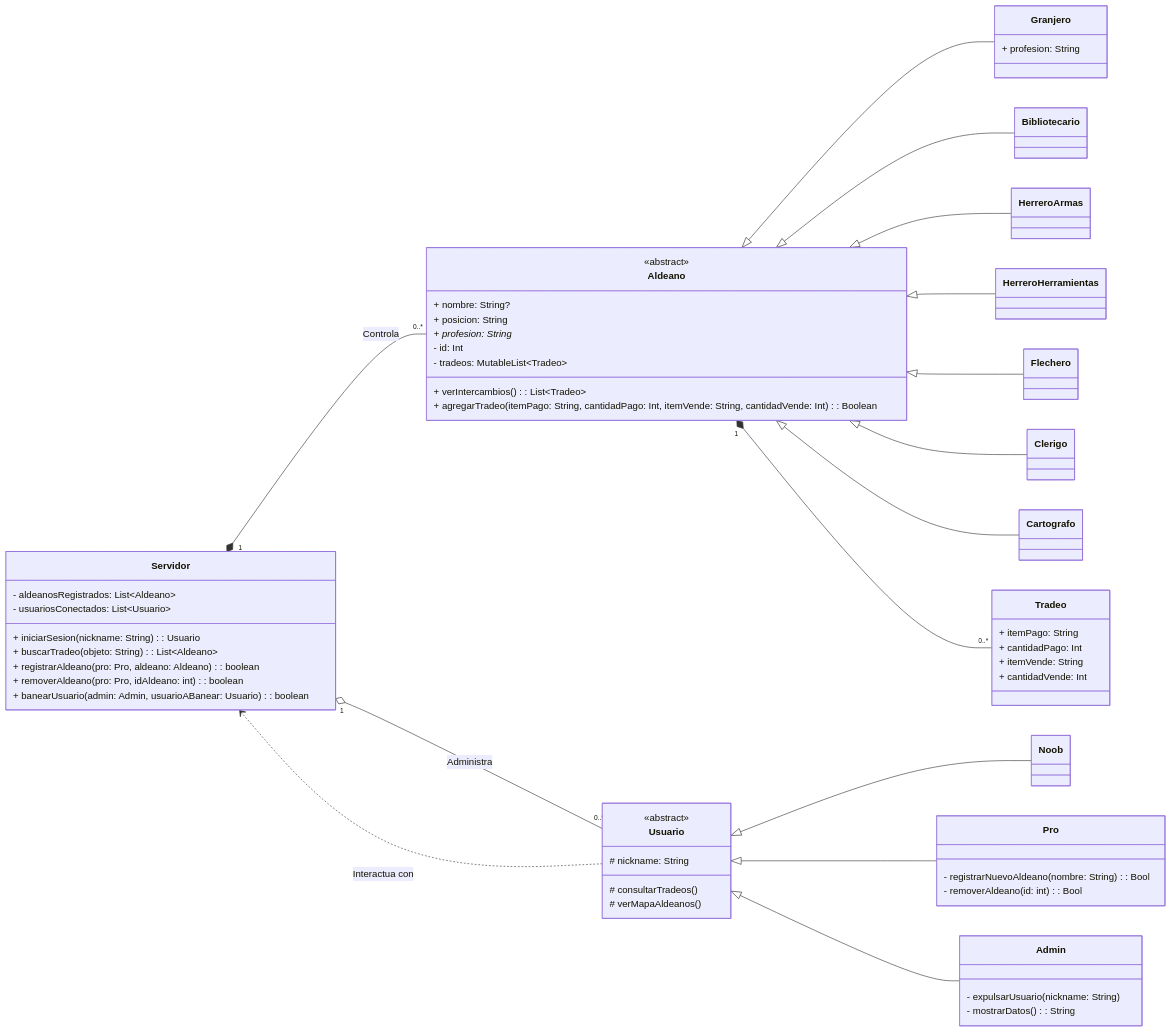
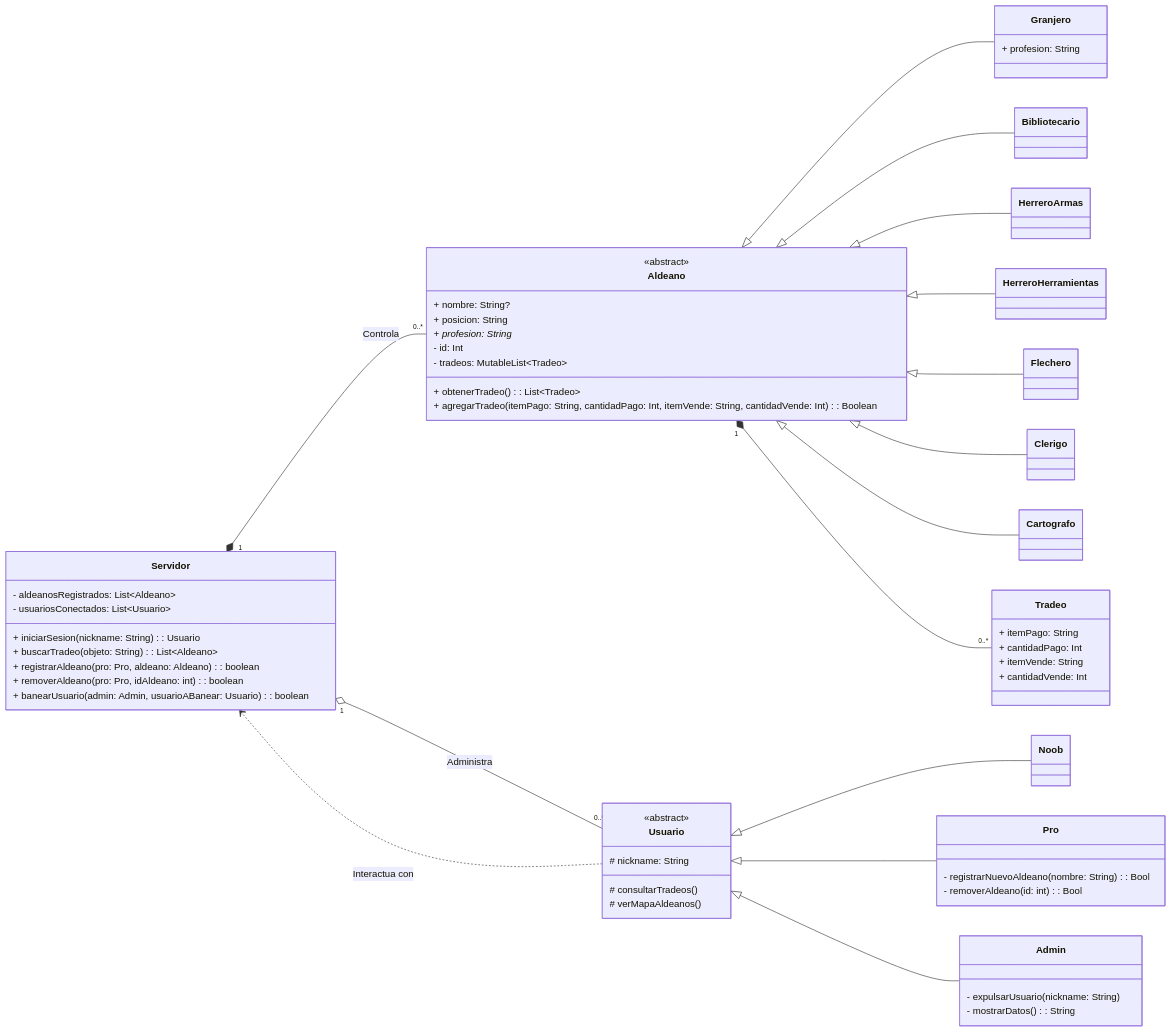
The diagram in README.md (benjgaze/lab-kotlin1), drawn with Mermaid before and after one commit. The commit also changed 1 other file, not shown here.

Commit message:
IDEA
Idea de replantear funciones y listas para hacer mas clara la herencia y polimorfismo.

````diff
--- a/README.md
+++ b/README.md
@@ -46,81 +46,81 @@
 ```mermaid
 classDiagram
     direction LR
     class Servidor {
         - aldeanosRegistrados: List~Aldeano~
         - usuariosConectados: List~Usuario~
         + iniciarSesion(nickname: String): Usuario
         + buscarTradeo(objeto: String): List~Aldeano~
         + registrarAldeano(pro: Pro, aldeano: Aldeano): boolean
         + removerAldeano(pro: Pro, idAldeano: int): boolean
         + banearUsuario(admin: Admin, usuarioABanear: Usuario): boolean
     }
 
     class Usuario {
         <<abstract>>
         # nickname: String
         # consultarTradeos()
         # verMapaAldeanos()
     }
 
     class Noob {
     }
     
     class Pro {
         - registrarNuevoAldeano(nombre: String): Bool
         - removerAldeano(id: int): Bool
     }
     
     class Admin {
         - expulsarUsuario(nickname: String)
         - mostrarDatos(): String
     }
 
     class Aldeano {
         <<abstract>>
         
         + nombre: String?
         + posicion: String
         + profesion: String*
         - id: Int
         - tradeos: MutableList~Tradeo~
-        + verIntercambios(): List~Tradeo~
+        + obtenerTradeo(): List~Tradeo~
         + agregarTradeo(itemPago: String, cantidadPago: Int, itemVende: String, cantidadVende: Int): Boolean
     }
 
     class Tradeo {
         + itemPago: String
         + cantidadPago: Int
         + itemVende: String
         + cantidadVende: Int 
     }
 
     class Granjero {
         + profesion: String
     }
     class Bibliotecario
     class HerreroArmas
     class HerreroHerramientas
     class Flechero
     class Clerigo
     class Cartografo
 
     %% HERENCIA
     Aldeano <|-- Granjero
     Aldeano <|-- Bibliotecario
     Aldeano <|-- HerreroArmas
     Aldeano <|-- HerreroHerramientas
     Aldeano <|-- Flechero
     Aldeano <|-- Clerigo
     Aldeano <|-- Cartografo
 
     Usuario <|-- Noob
     Usuario <|-- Pro
     Usuario <|-- Admin
 
     %% RELACIONES
     Aldeano "1" *-- "0..*" Tradeo
     Servidor "1" *-- "0..*" Aldeano : Controla
     Servidor "1" o-- "0..*" Usuario : Administra
     Usuario ..> Servidor : Interactua con
 ```
````
